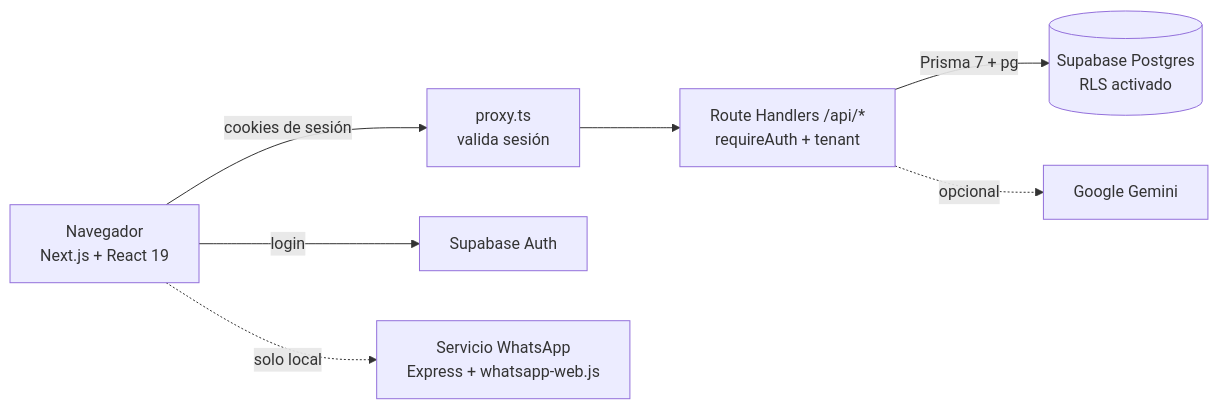
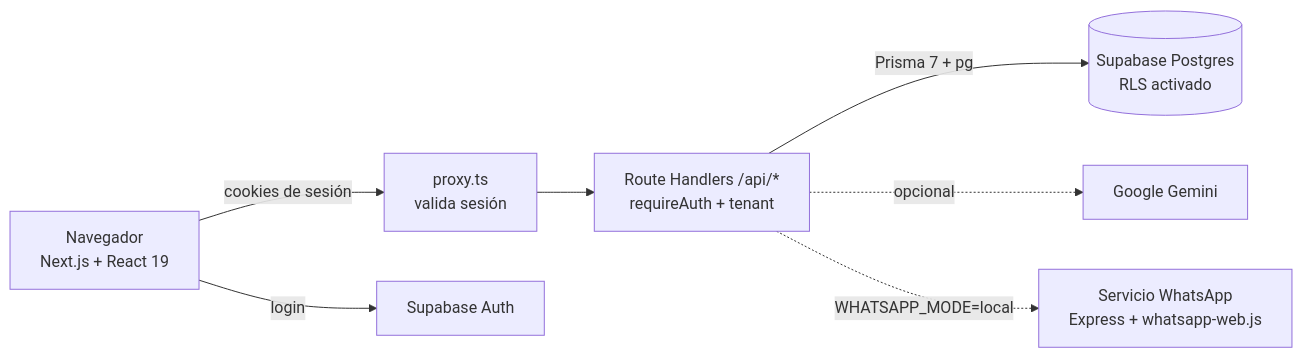
One commit to Tiago013/CRMFARMACIA changed the diagram in README.md. Above: the diagram before and after it, drawn with Mermaid. The commit also changed other lines of this file and 13 other files, not shown here.

````diff
--- a/README.md
+++ b/README.md
@@ -125,9 +126,9 @@
 ```mermaid
 flowchart LR
     U[Navegador<br/>Next.js + React 19] -->|cookies de sesión| P[proxy.ts<br/>valida sesión]
     P --> API[Route Handlers /api/*<br/>requireAuth + tenant]
     API -->|Prisma 7 + pg| DB[(Supabase Postgres<br/>RLS activado)]
     U -->|login| AUTH[Supabase Auth]
     API -.->|opcional| G[Google Gemini]
-    U -.->|solo local| WA[Servicio WhatsApp<br/>Express + whatsapp-web.js]
+    API -.->|WHATSAPP_MODE=local| WA[Servicio WhatsApp<br/>Express + whatsapp-web.js]
 ```
````
